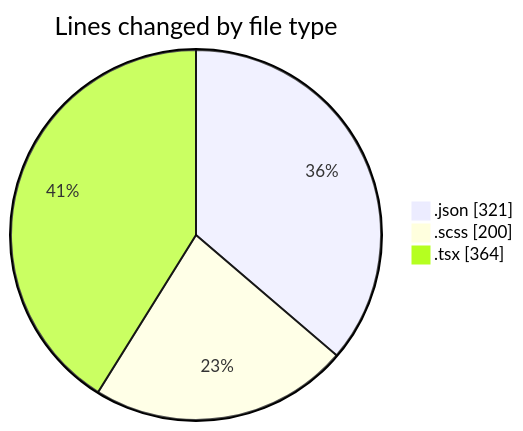
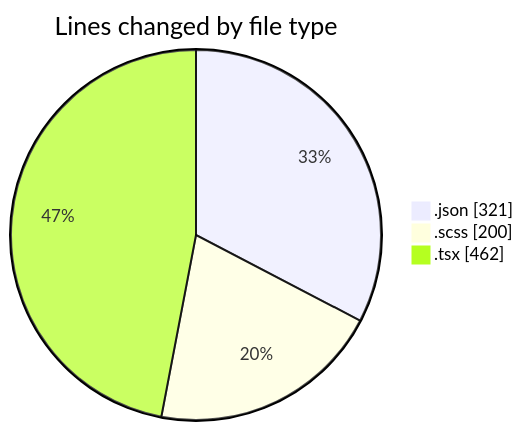
The first of 2 diagrams in 2026-04-20/cda/README.md (momahboobian/code-tracking), drawn with Mermaid before and after one commit. The commit also changed other lines of this file and 1 other file, not shown here.

````diff
--- a/2026-04-20/cda/README.md
+++ b/2026-04-20/cda/README.md
@@ -25,7 +26,7 @@
 ```mermaid
 pie showData
 title Lines changed by file type
 ".json" : 321
 ".scss" : 200
-".tsx" : 364
+".tsx" : 462
 ```
````
